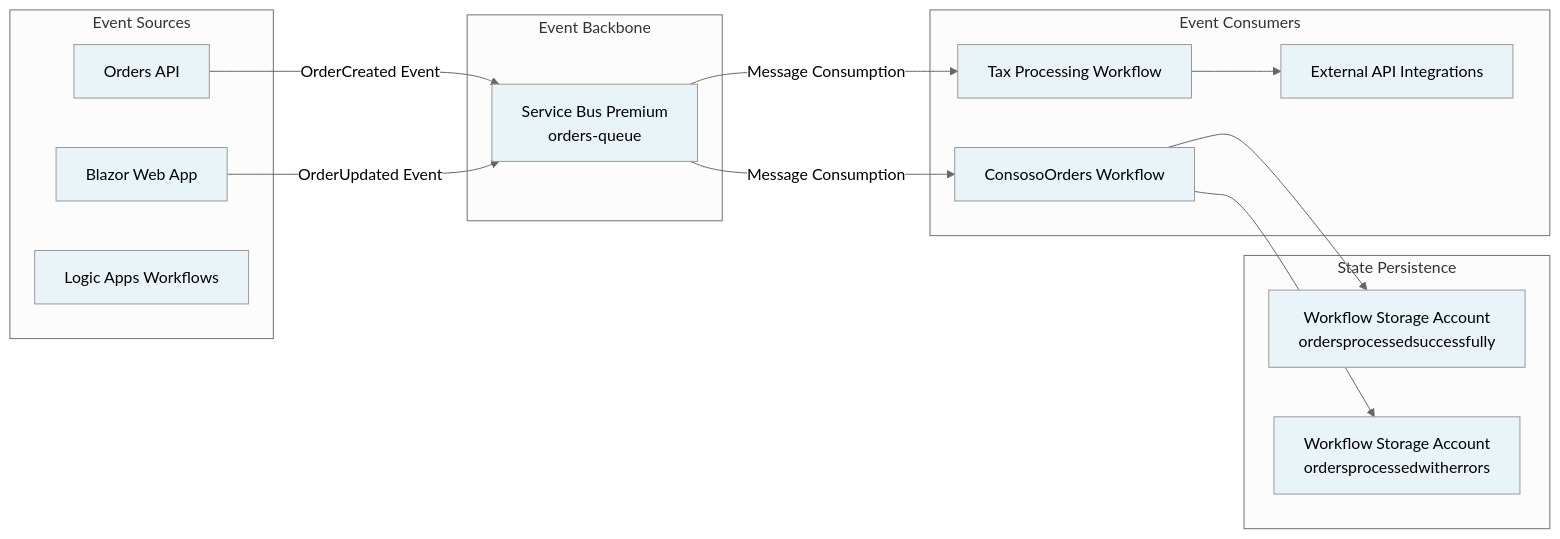
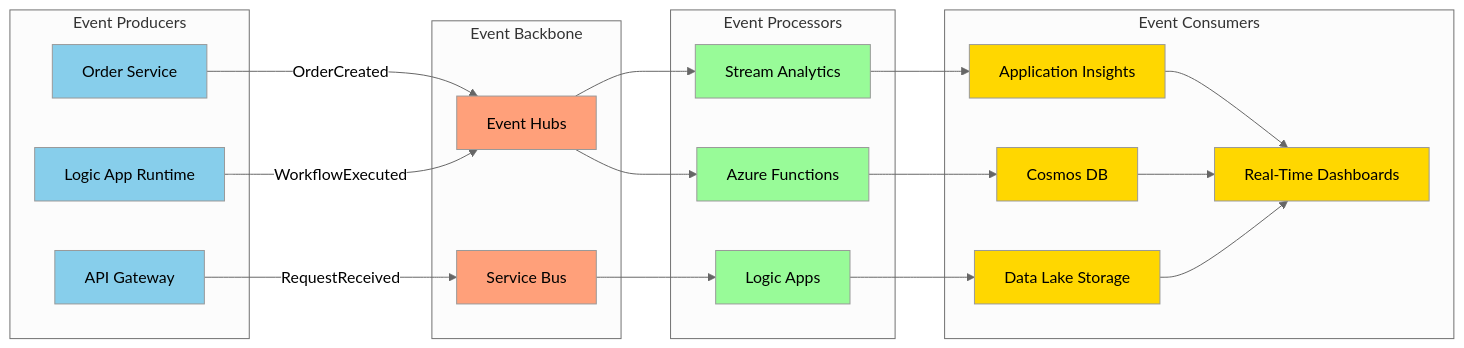
One commit to Evilazaro/Azure-LogicApps-Monitoring changed the fourth of 13 diagrams in bdat.md. Above: the diagram before and after it, drawn with Mermaid (neutral theme). The commit also changed other lines of this file, not shown here.

````diff
--- a/bdat.md
+++ b/bdat.md
@@ -179,41 +204,54 @@
 ```mermaid
-graph LR
-    subgraph "Event Sources"
-        A[Orders API]
-        B[Blazor Web App]
-        C[Logic Apps Workflows]
+flowchart LR
+    subgraph "Event Producers"
+        EP1[Order Service]
+        EP2[Logic App Runtime]
+        EP3[API Gateway]
     end
     
     subgraph "Event Backbone"
-        D[Service Bus Premium<br/>orders-queue]
+        EB1[Event Hubs]
+        EB2[Service Bus]
+    end
+    
+    subgraph "Event Processors"
+        EPR1[Stream Analytics]
+        EPR2[Azure Functions]
+        EPR3[Logic Apps]
     end
     
     subgraph "Event Consumers"
-        E[ConsosoOrders Workflow]
-        F[Tax Processing Workflow]
-        G[External API Integrations]
+        EC1[Application Insights]
+        EC2[Cosmos DB]
+        EC3[Data Lake Storage]
+        EC4[Real-Time Dashboards]
     end
     
-    subgraph "State Persistence"
-        H[Workflow Storage Account<br/>ordersprocessedsuccessfully]
-        I[Workflow Storage Account<br/>ordersprocessedwitherrors]
-    end
+    EP1 -->|OrderCreated| EB1
+    EP2 -->|WorkflowExecuted| EB1
+    EP3 -->|RequestReceived| EB2
     
-    A -->|OrderCreated Event| D
-    B -->|OrderUpdated Event| D
-    D -->|Message Consumption| E
-    D -->|Message Consumption| F
-    E --> H
-    E --> I
-    F --> G
+    EB1 --> EPR1
+    EB1 --> EPR2
+    EB2 --> EPR3
     
-    style A fill:#E8F4F8
-    style B fill:#E8F4F8
-    style C fill:#E8F4F8
-    style D fill:#E8F4F8
-    style E fill:#E8F4F8
-    style F fill:#E8F4F8
-    style G fill:#E8F4F8
-    style H fill:#E8F4F8
-    style I fill:#E8F4F8
+    EPR1 --> EC1
+    EPR2 --> EC2
+    EPR3 --> EC3
+    EC1 --> EC4
+    EC2 --> EC4
+    EC3 --> EC4
+    
+    style EP1 fill:#87CEEB
+    style EP2 fill:#87CEEB
+    style EP3 fill:#87CEEB
+    style EB1 fill:#FFA07A
+    style EB2 fill:#FFA07A
+    style EPR1 fill:#98FB98
+    style EPR2 fill:#98FB98
+    style EPR3 fill:#98FB98
+    style EC1 fill:#FFD700
+    style EC2 fill:#FFD700
+    style EC3 fill:#FFD700
+    style EC4 fill:#FFD700
 ```
````
